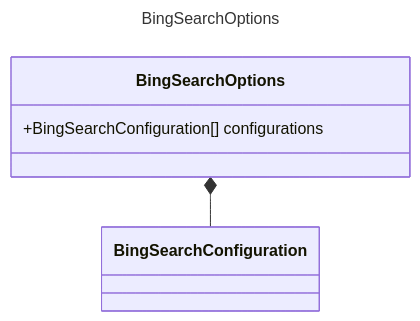
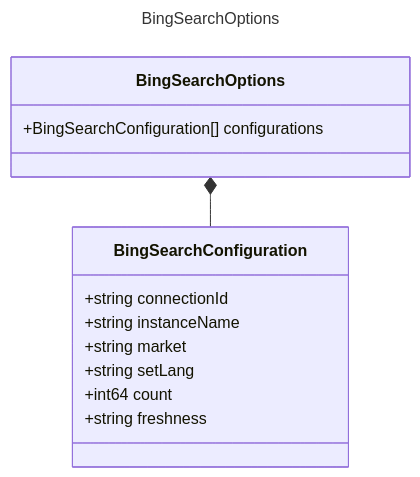
Before and after one commit to microsoft/prompty: the diagram in specification/prompty/docs/BingSearchOptions.md, drawn with Mermaid. The commit also changed 14 other files, not shown here.

````diff
--- a/specification/prompty/docs/BingSearchOptions.md
+++ b/specification/prompty/docs/BingSearchOptions.md
@@ -7,10 +7,18 @@
 ```mermaid
 ---
 title: BingSearchOptions
 ---
 classDiagram
+    class BingSearchConfiguration {
+        +string connectionId
+        +string instanceName
+        +string market
+        +string setLang
+        +int64 count
+        +string freshness
+    }
     class BingSearchOptions {
         +BingSearchConfiguration[] configurations
     }
     BingSearchOptions *-- BingSearchConfiguration
 ```
````
